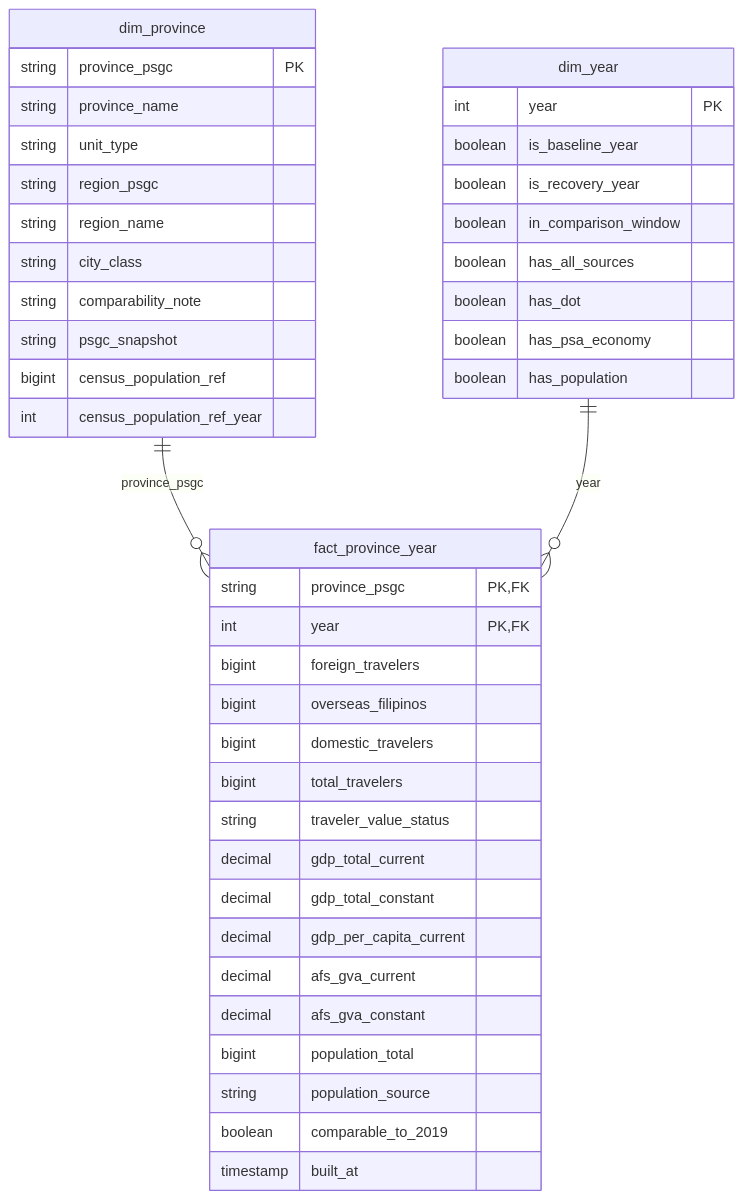
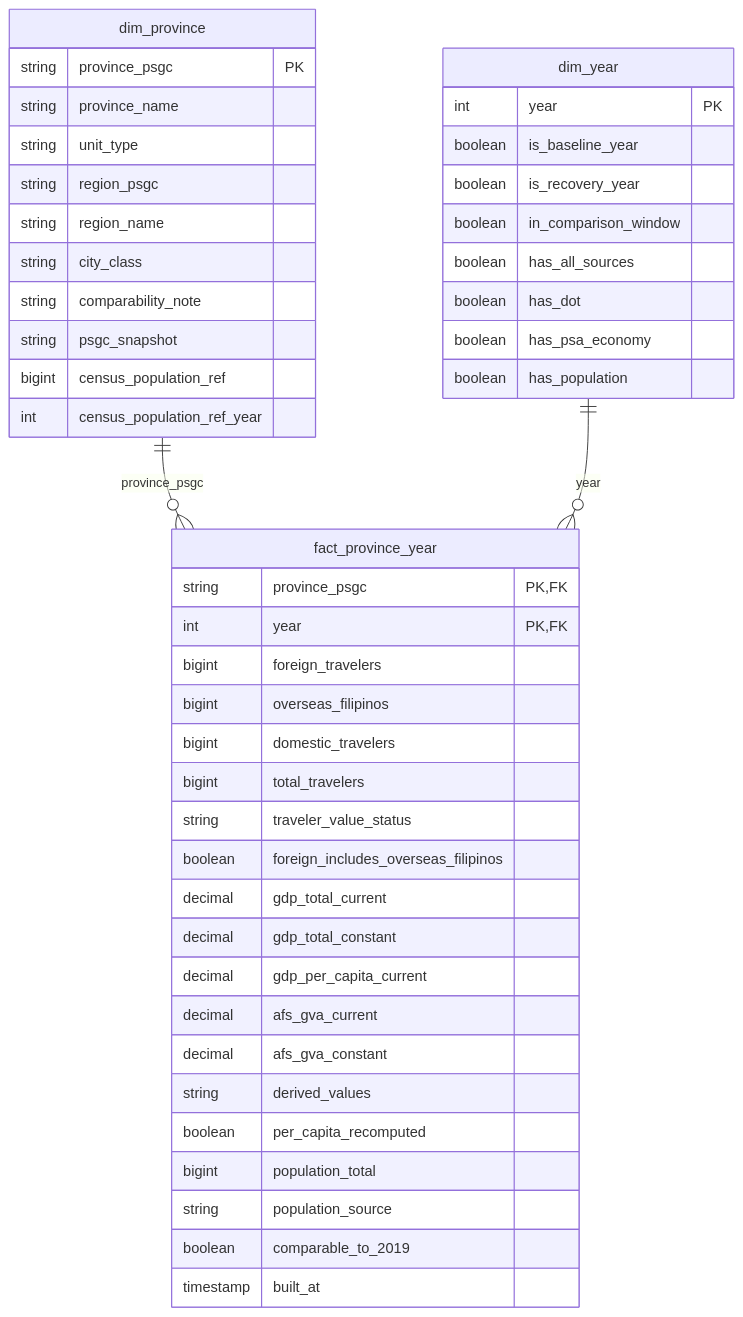
The diagram in docs/schema-and-source-to-target-mapping.md (ftw-git-away/provinsights-ph-tourism), drawn with Mermaid before and after one commit. The commit also changed other lines of this file, not shown here.

````diff
--- a/docs/schema-and-source-to-target-mapping.md
+++ b/docs/schema-and-source-to-target-mapping.md
@@ -8,48 +8,51 @@
 ```mermaid
 erDiagram
     dim_province ||--o{ fact_province_year : "province_psgc"
     dim_year ||--o{ fact_province_year : "year"
 
     dim_province {
         string province_psgc PK
         string province_name
         string unit_type
         string region_psgc
         string region_name
         string city_class
         string comparability_note
         string psgc_snapshot
         bigint census_population_ref
         int census_population_ref_year
     }
 
     fact_province_year {
         string province_psgc PK, FK
         int year PK, FK
         bigint foreign_travelers
         bigint overseas_filipinos
         bigint domestic_travelers
         bigint total_travelers
         string traveler_value_status
+        boolean foreign_includes_overseas_filipinos
         decimal gdp_total_current
         decimal gdp_total_constant
         decimal gdp_per_capita_current
         decimal afs_gva_current
         decimal afs_gva_constant
+        string derived_values
+        boolean per_capita_recomputed
         bigint population_total
         string population_source
         boolean comparable_to_2019
         timestamp built_at
     }
 
     dim_year {
         int year PK
         boolean is_baseline_year
         boolean is_recovery_year
         boolean in_comparison_window
         boolean has_all_sources
         boolean has_dot
         boolean has_psa_economy
         boolean has_population
     }
 ```
````
